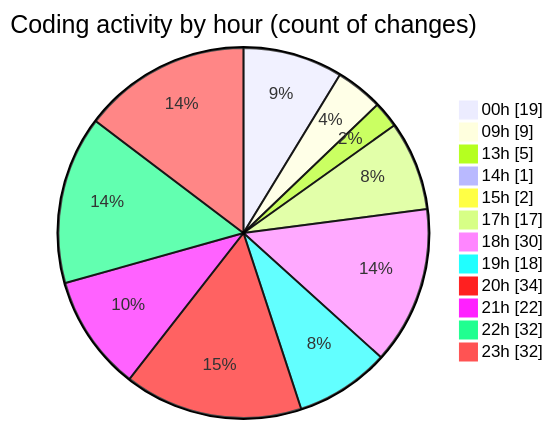
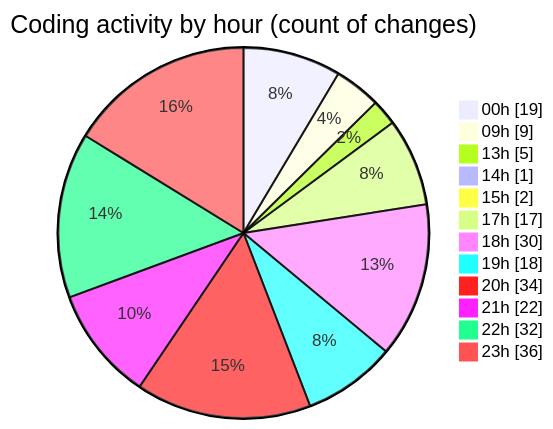
The second of 2 diagrams in 2025-08-12/ribbon/README.md (EIIisD/code-tracking), drawn with Mermaid before and after one commit. The commit also changed other lines of this file and 1 other file, not shown here.

````diff
--- a/2025-08-12/ribbon/README.md
+++ b/2025-08-12/ribbon/README.md
@@ -60,16 +60,16 @@
 ```mermaid
 pie showData
 title Coding activity by hour (count of changes)
 "00h" : 19
 "09h" : 9
 "13h" : 5
 "14h" : 1
 "15h" : 2
 "17h" : 17
 "18h" : 30
 "19h" : 18
 "20h" : 34
 "21h" : 22
 "22h" : 32
-"23h" : 32
+"23h" : 36
 ```
````
